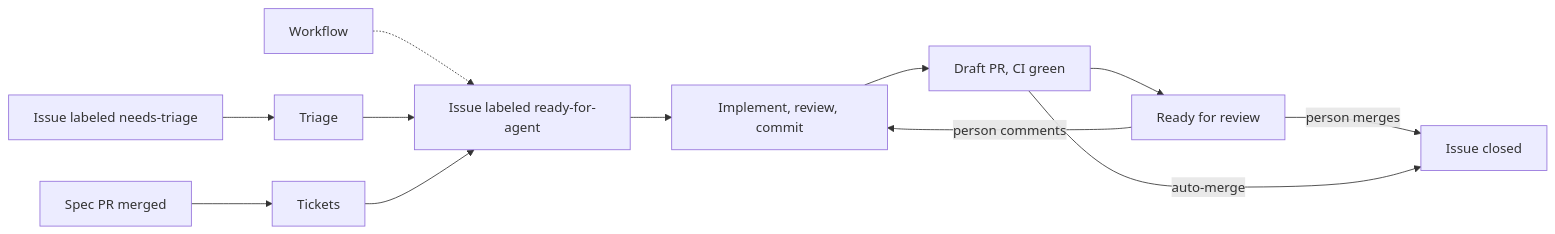
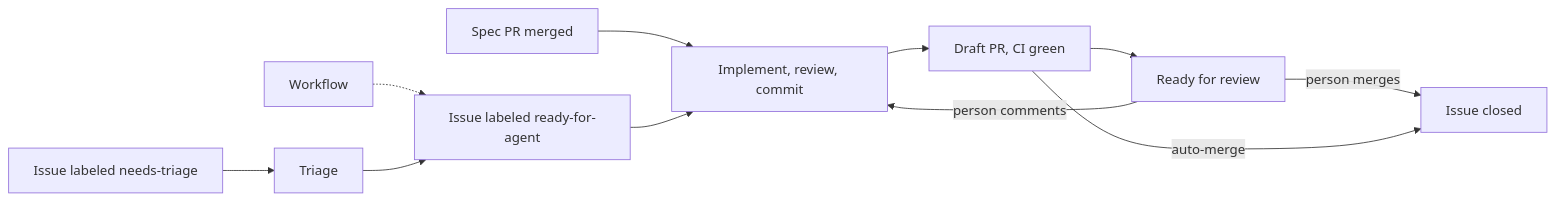
Before and after one commit to XRafik/linewright: the diagram in docs/specs/product.md, drawn with Mermaid. The commit also changed other lines of this file and 37 other files, not shown here.

````diff
--- a/docs/specs/product.md
+++ b/docs/specs/product.md
@@ -68,14 +77,13 @@
 ```mermaid
 flowchart LR
-    spec[Spec PR merged] --> tickets[Tickets]
+    spec[Spec PR merged] --> impl[Implement, review, commit]
     issue[Issue labeled needs-triage] --> triage[Triage]
     workflow[Workflow] -.-> ready
     triage --> ready[Issue labeled ready-for-agent]
-    tickets --> ready
-    ready --> impl[Implement, review, commit]
+    ready --> impl
     impl --> draft[Draft PR, CI green]
     draft --> review[Ready for review]
     review -- person comments --> impl
     review -- person merges --> done[Issue closed]
     draft -- auto-merge --> done
 ```
````
